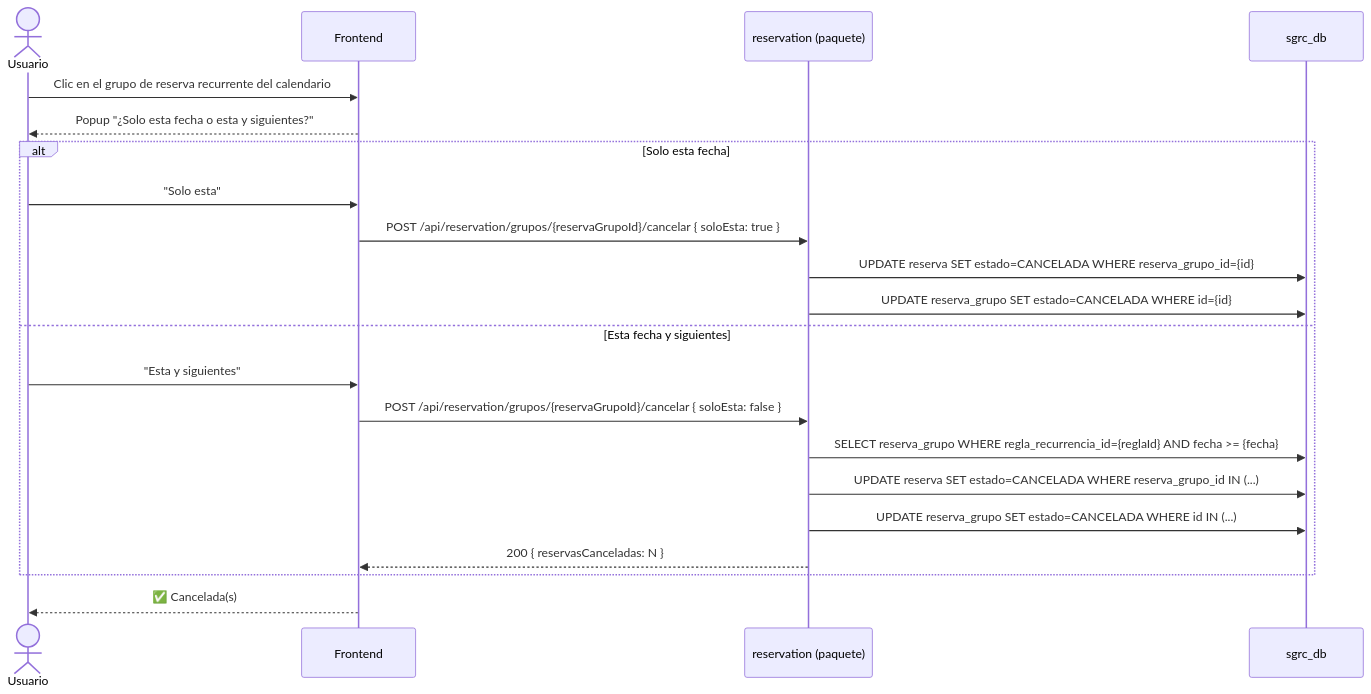
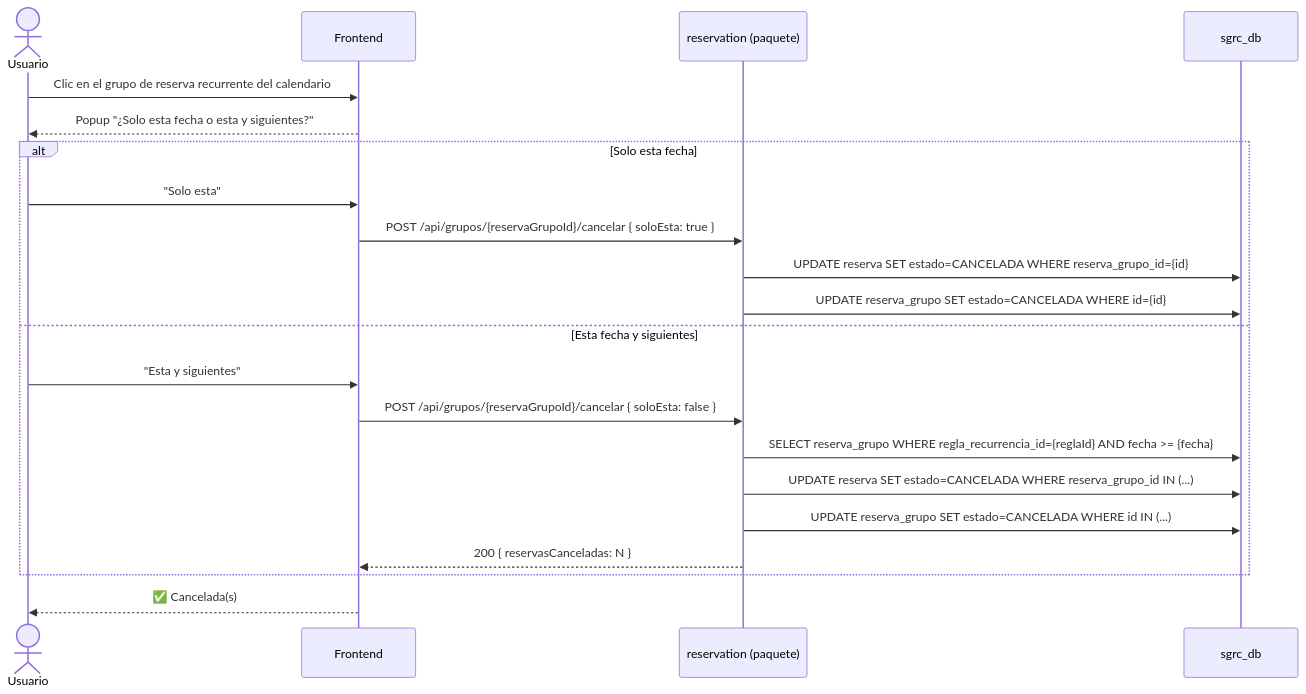
One commit to agustin-y2k/sgrc changed the sixth of 15 diagrams in docs/04-diagramas-secuencia.md. Above: the diagram before and after it, drawn with Mermaid. The commit also changed other lines of this file and 17 other files, not shown here.

````diff
--- a/docs/04-diagramas-secuencia.md
+++ b/docs/04-diagramas-secuencia.md
@@ -195,24 +195,24 @@
 ```mermaid
 sequenceDiagram
     actor U as Usuario
     participant FE as Frontend
     participant RES as reservation (paquete)
     participant DB as sgrc_db
 
     U->>FE: Clic en el grupo de reserva recurrente del calendario
     FE-->>U: Popup "¿Solo esta fecha o esta y siguientes?"
     alt Solo esta fecha
         U->>FE: "Solo esta"
-        FE->>RES: POST /api/reservation/grupos/{reservaGrupoId}/cancelar { soloEsta: true }
+        FE->>RES: POST /api/grupos/{reservaGrupoId}/cancelar { soloEsta: true }
         RES->>DB: UPDATE reserva SET estado=CANCELADA WHERE reserva_grupo_id={id}
         RES->>DB: UPDATE reserva_grupo SET estado=CANCELADA WHERE id={id}
     else Esta fecha y siguientes
         U->>FE: "Esta y siguientes"
-        FE->>RES: POST /api/reservation/grupos/{reservaGrupoId}/cancelar { soloEsta: false }
+        FE->>RES: POST /api/grupos/{reservaGrupoId}/cancelar { soloEsta: false }
         RES->>DB: SELECT reserva_grupo WHERE regla_recurrencia_id={reglaId} AND fecha >= {fecha}
         RES->>DB: UPDATE reserva SET estado=CANCELADA WHERE reserva_grupo_id IN (...)
         RES->>DB: UPDATE reserva_grupo SET estado=CANCELADA WHERE id IN (...)
         RES-->>FE: 200 { reservasCanceladas: N }
     end
     FE-->>U: ✅ Cancelada(s)
 ```
````
